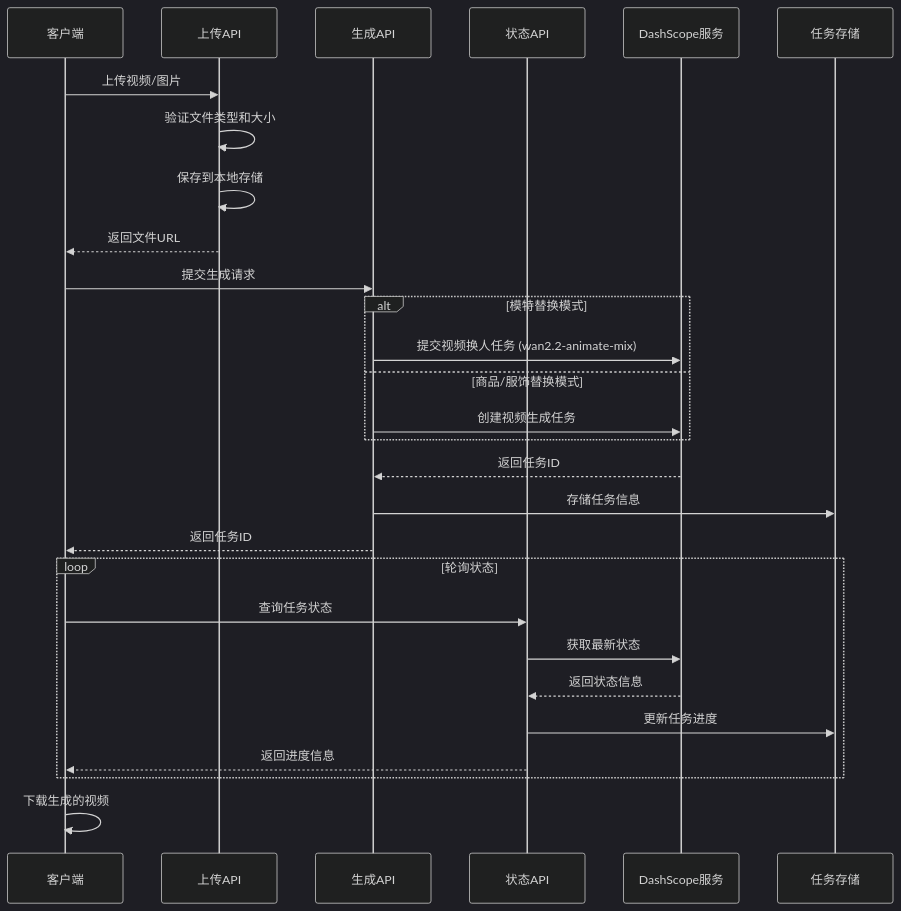
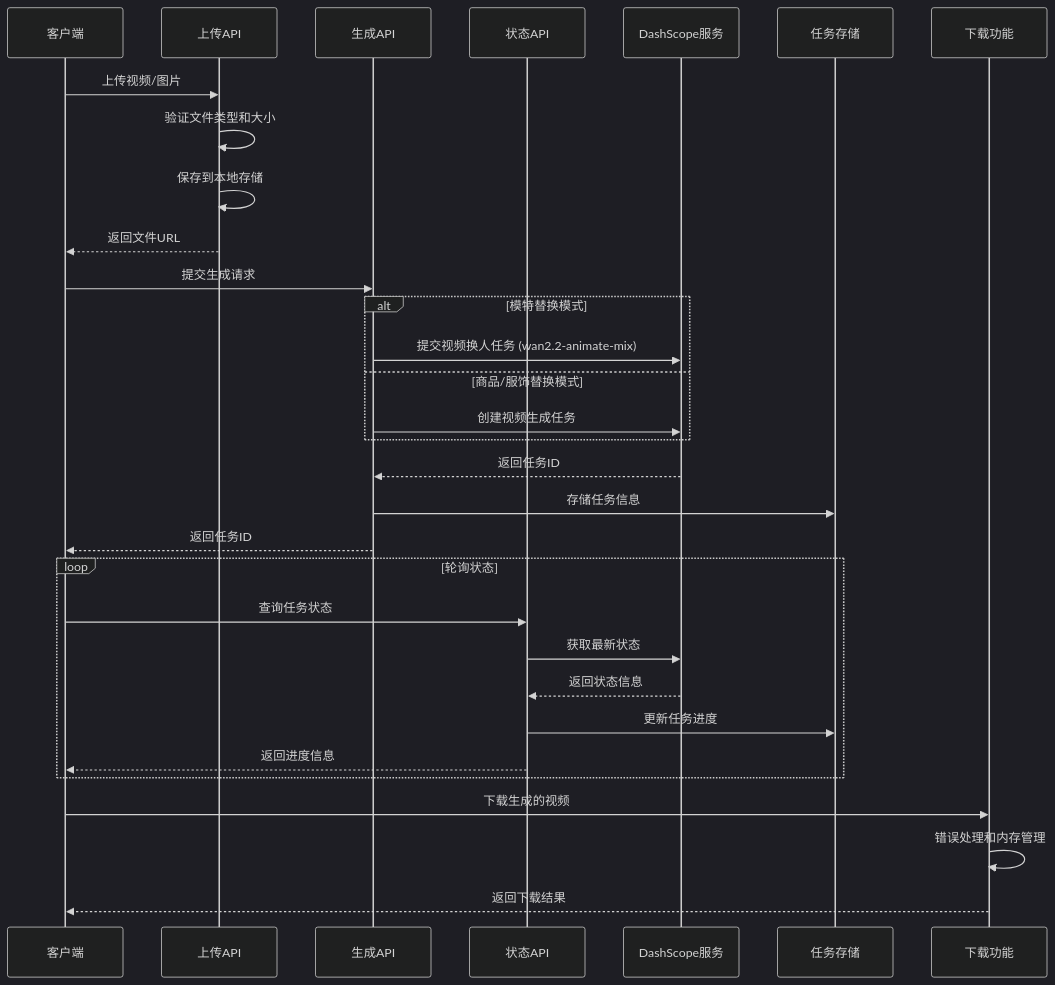
Before and after one commit to zuozuoliu740-cmd/xianxiong-news: the fourth of 11 diagrams in .qoder/repowiki/zh/content/Video Generation Pipeline.md, drawn with Mermaid (dark theme). The commit also changed other lines of this file and 20 other files, not shown here.

````diff
--- a/.qoder/repowiki/zh/content/Video Generation Pipeline.md
+++ b/.qoder/repowiki/zh/content/Video Generation Pipeline.md
@@ -185,30 +191,33 @@
 ```mermaid
 sequenceDiagram
 participant Client as 客户端
 participant UploadAPI as 上传API
 participant GenerateAPI as 生成API
 participant StatusAPI as 状态API
 participant DashScope as DashScope服务
 participant TaskStore as 任务存储
+participant Download as 下载功能
 Client->>UploadAPI : 上传视频/图片
 UploadAPI->>UploadAPI : 验证文件类型和大小
 UploadAPI->>UploadAPI : 保存到本地存储
 UploadAPI-->>Client : 返回文件URL
 Client->>GenerateAPI : 提交生成请求
 alt 模特替换模式
 GenerateAPI->>DashScope : 提交视频换人任务 (wan2.2-animate-mix)
 else 商品/服饰替换模式
 GenerateAPI->>DashScope : 创建视频生成任务
 end
 DashScope-->>GenerateAPI : 返回任务ID
 GenerateAPI->>TaskStore : 存储任务信息
 GenerateAPI-->>Client : 返回任务ID
 loop 轮询状态
 Client->>StatusAPI : 查询任务状态
 StatusAPI->>DashScope : 获取最新状态
 DashScope-->>StatusAPI : 返回状态信息
 StatusAPI->>TaskStore : 更新任务进度
 StatusAPI-->>Client : 返回进度信息
 end
-Client->>Client : 下载生成的视频
+Client->>Download : 下载生成的视频
+Download->>Download : 错误处理和内存管理
+Download-->>Client : 返回下载结果
 ```
````
